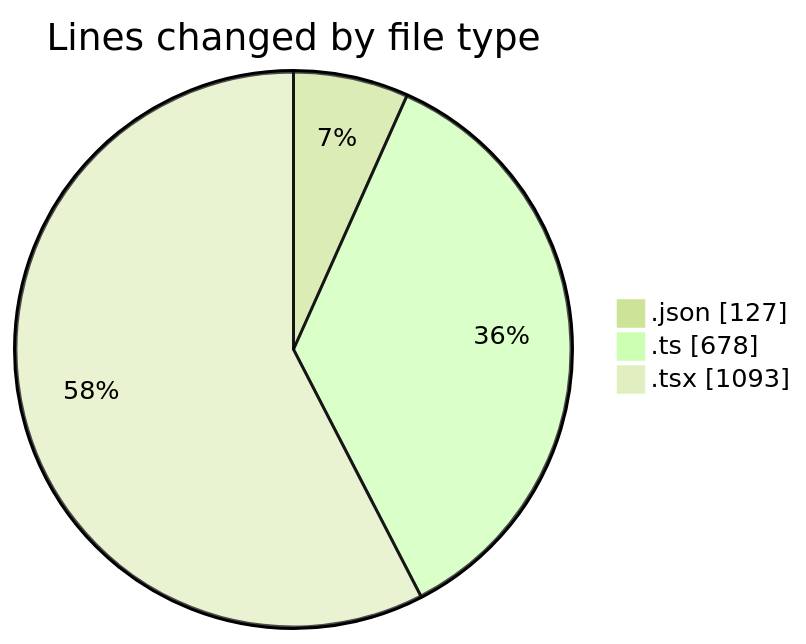
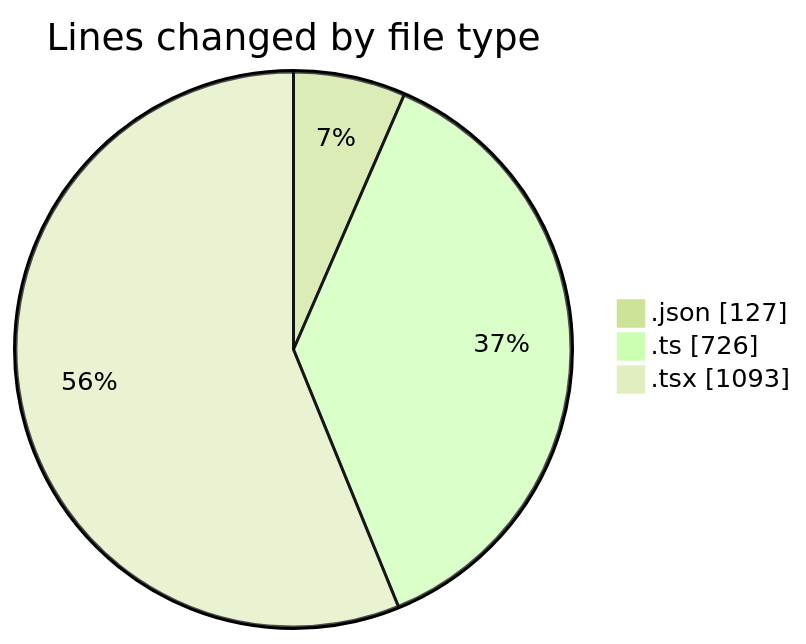
One commit to julien-gomy/code-tracking changed the first of 2 diagrams in 2025-11-12/eventscop-frontend-guide__workspace_/README.md. Above: the diagram before and after it, drawn with Mermaid (forest theme). The commit also changed other lines of this file and 1 other file, not shown here.

````diff
--- a/2025-11-12/eventscop-frontend-guide__workspace_/README.md
+++ b/2025-11-12/eventscop-frontend-guide__workspace_/README.md
@@ -28,7 +29,7 @@
 ```mermaid
 pie showData
 title Lines changed by file type
 ".json" : 127
-".ts" : 678
+".ts" : 726
 ".tsx" : 1093
 ```
````
